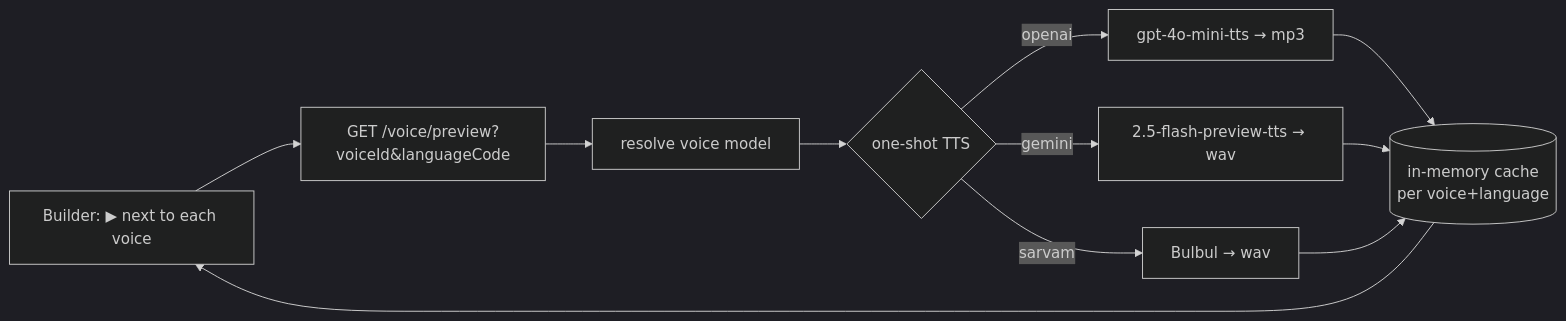
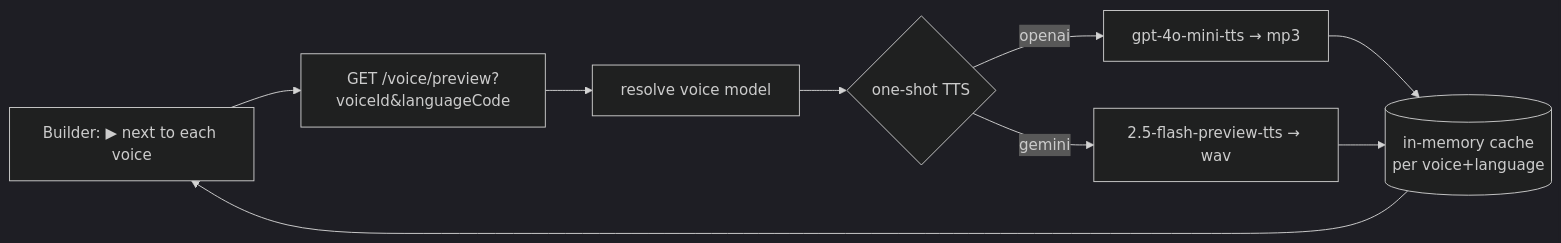
Before and after one commit to shaik-pentafox/learnium: the fourth of 4 diagrams in docs/VOICE_CHAT_FLOW.md, drawn with Mermaid (dark theme). The commit also changed other lines of this file and 2 other files, not shown here.

Commit message:
docs: persona prompt architecture, LangSmith setup, voice S2S flow

````diff
--- a/docs/VOICE_CHAT_FLOW.md
+++ b/docs/VOICE_CHAT_FLOW.md
@@ -123,9 +118,8 @@
 ```mermaid
 flowchart LR
     PB[Builder: ▶ next to each voice] --> EP["GET /voice/preview?voiceId&languageCode"]
     EP --> RS[resolve voice model] --> TTS{one-shot TTS}
     TTS -->|openai| T1[gpt-4o-mini-tts → mp3]
     TTS -->|gemini| T2[2.5-flash-preview-tts → wav]
-    TTS -->|sarvam| T3[Bulbul → wav]
-    T1 & T2 & T3 --> C[(in-memory cache<br/>per voice+language)] --> PB
+    T1 & T2 --> C[(in-memory cache<br/>per voice+language)] --> PB
 ```
````
